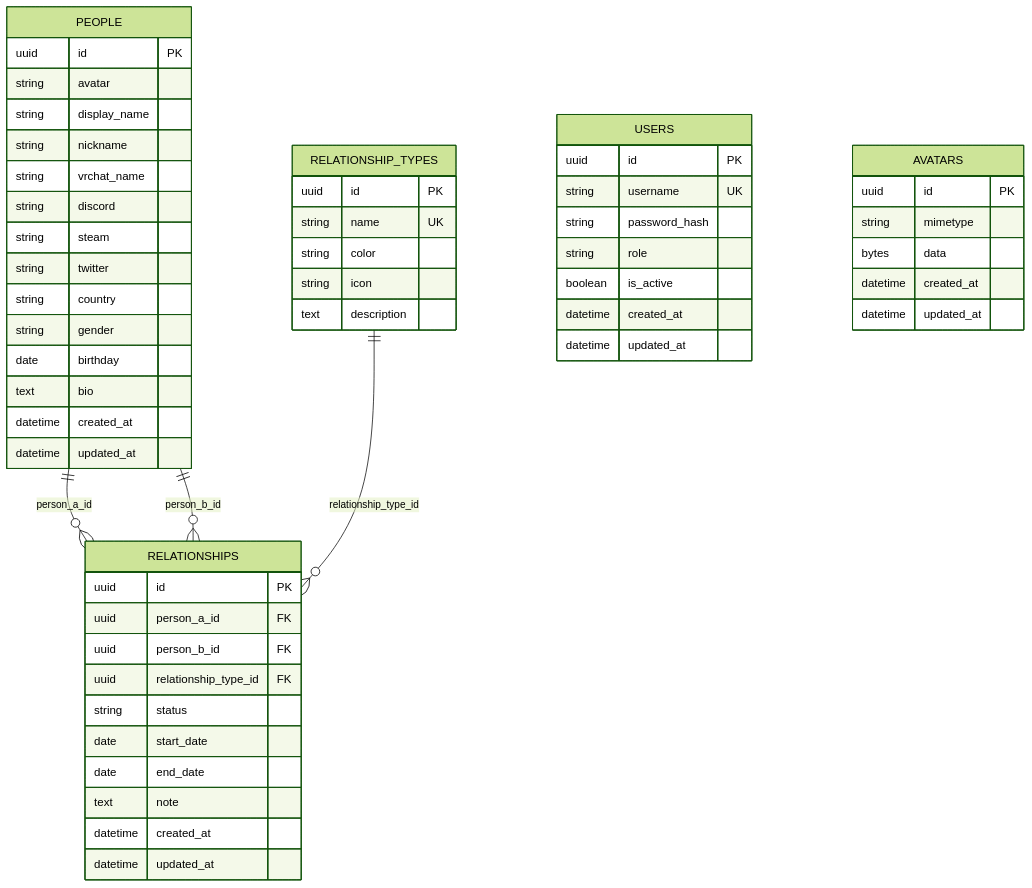
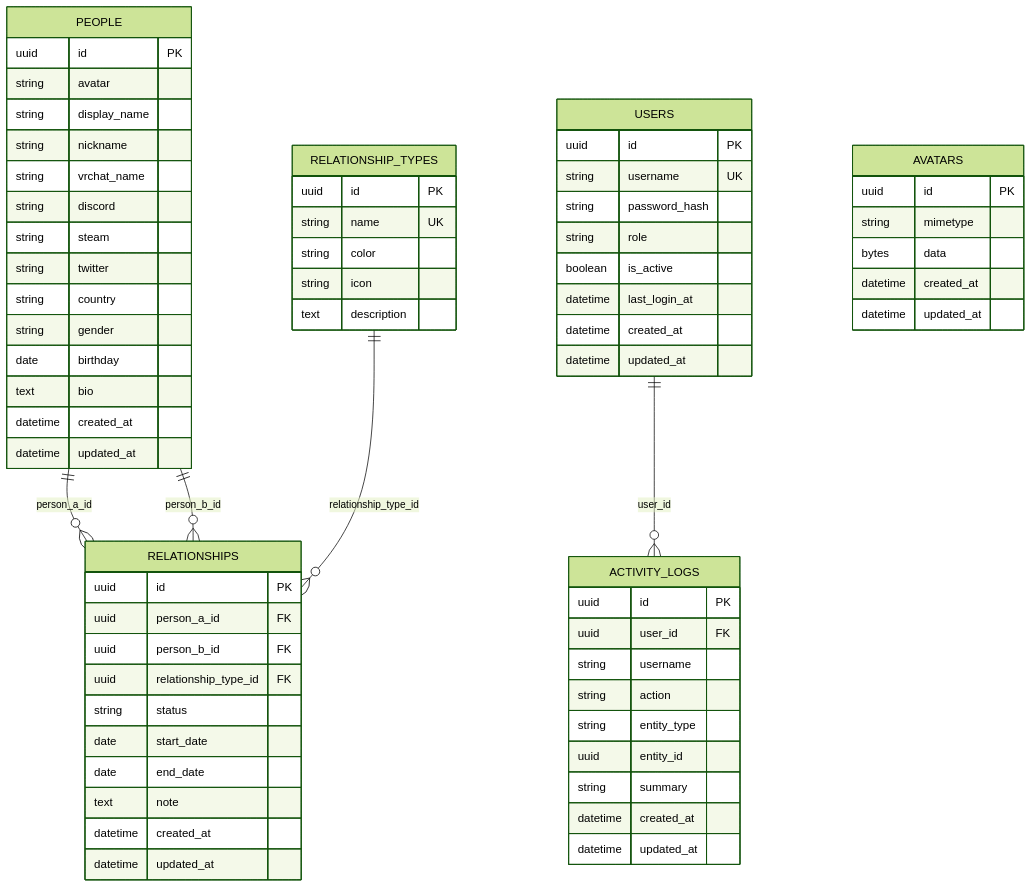
Before and after one commit to PBEW/relationship-graph: the diagram in relationship-graph/database/README.md, drawn with Mermaid (forest theme). The commit also changed other lines of this file and 28 other files, not shown here.

````diff
--- a/relationship-graph/database/README.md
+++ b/relationship-graph/database/README.md
@@ -7,62 +7,76 @@
 ```mermaid
 erDiagram
     PEOPLE ||--o{ RELATIONSHIPS : "person_a_id"
     PEOPLE ||--o{ RELATIONSHIPS : "person_b_id"
     RELATIONSHIP_TYPES ||--o{ RELATIONSHIPS : "relationship_type_id"
+    USERS ||--o{ ACTIVITY_LOGS : "user_id"
 
     USERS {
         uuid id PK
         string username UK
         string password_hash
         string role
         boolean is_active
+        datetime last_login_at
+        datetime created_at
+        datetime updated_at
+    }
+
+    ACTIVITY_LOGS {
+        uuid id PK
+        uuid user_id FK
+        string username
+        string action
+        string entity_type
+        uuid entity_id
+        string summary
         datetime created_at
         datetime updated_at
     }
 
     AVATARS {
         uuid id PK
         string mimetype
         bytes data
         datetime created_at
         datetime updated_at
     }
 
     PEOPLE {
         uuid id PK
         string avatar
         string display_name
         string nickname
         string vrchat_name
         string discord
         string steam
         string twitter
         string country
         string gender
         date birthday
         text bio
         datetime created_at
         datetime updated_at
     }
 
     RELATIONSHIP_TYPES {
         uuid id PK
         string name UK
         string color
         string icon
         text description
     }
 
     RELATIONSHIPS {
         uuid id PK
         uuid person_a_id FK
         uuid person_b_id FK
         uuid relationship_type_id FK
         string status
         date start_date
         date end_date
         text note
         datetime created_at
         datetime updated_at
     }
 ```
````
